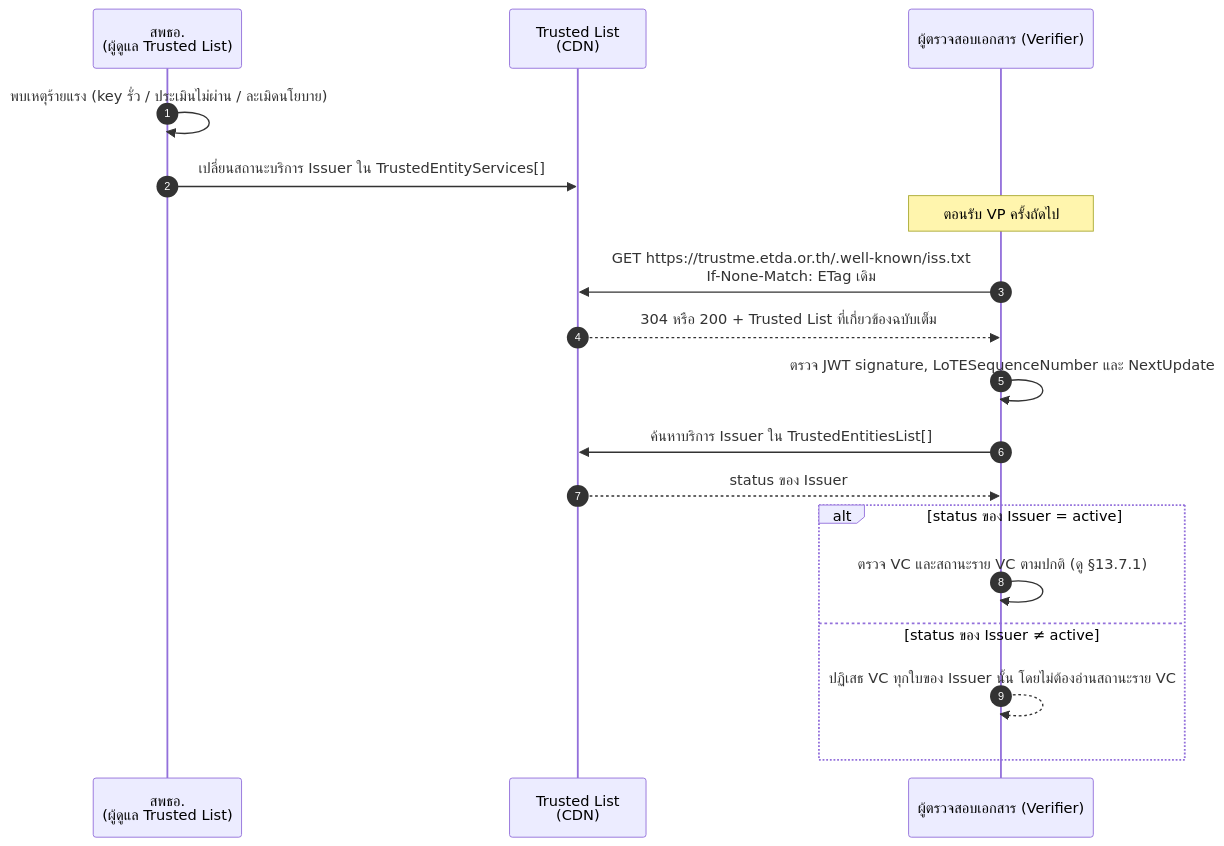
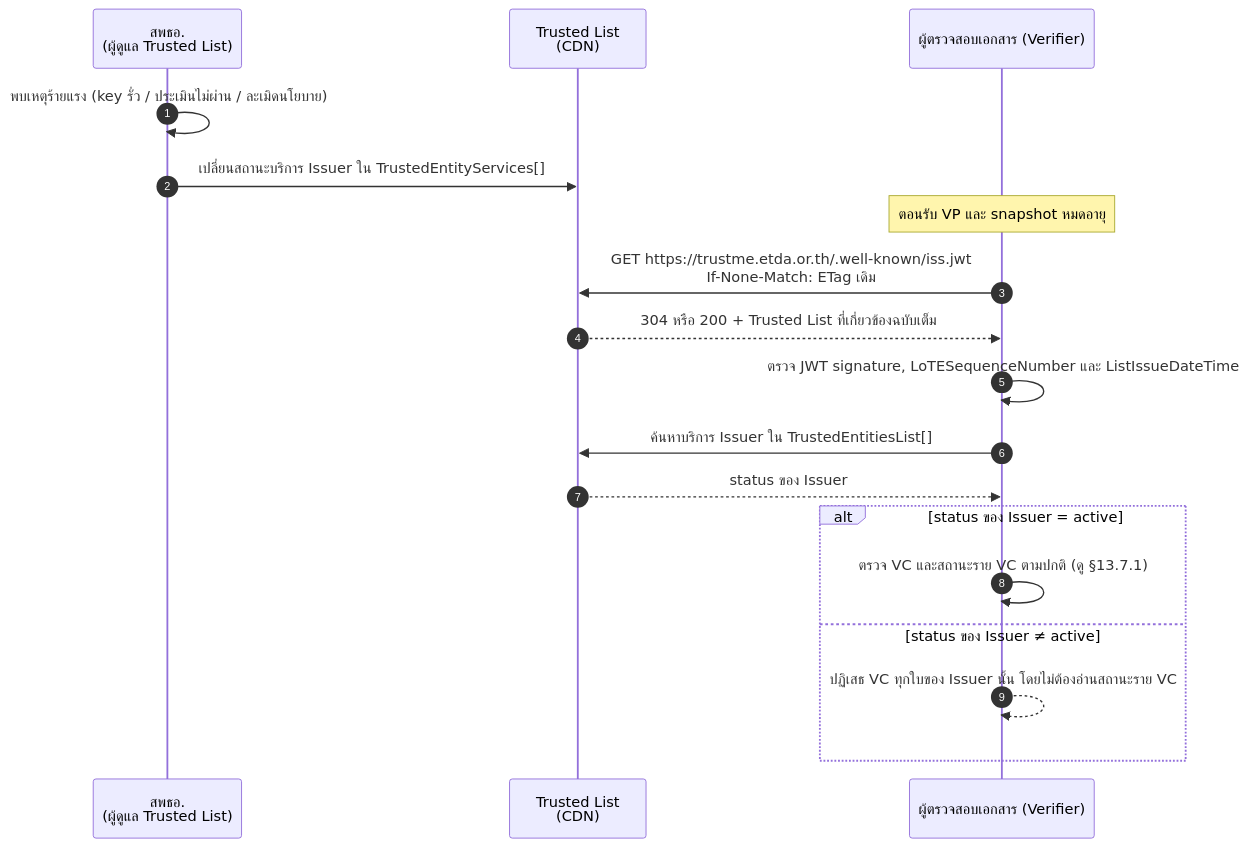
The fourth of 7 diagrams in docs/thai-vc-arf/13-vc-status-and-revocation.md (ETDA/vcdoc), drawn with Mermaid before and after one commit. The commit also changed other lines of this file and 22 other files, not shown here.

````diff
--- a/docs/thai-vc-arf/13-vc-status-and-revocation.md
+++ b/docs/thai-vc-arf/13-vc-status-and-revocation.md
@@ -247,21 +240,21 @@
 ```mermaid
 sequenceDiagram
     autonumber
     participant ETDA as สพธอ.<br/>(ผู้ดูแล Trusted List)
     participant TL as Trusted List<br/>(CDN)
     participant V as ผู้ตรวจสอบเอกสาร (Verifier)
 
     ETDA->>ETDA: พบเหตุร้ายแรง (key รั่ว / ประเมินไม่ผ่าน / ละเมิดนโยบาย)
     ETDA->>TL: เปลี่ยนสถานะบริการ Issuer ใน TrustedEntityServices[]
-    Note over V: ตอนรับ VP ครั้งถัดไป
-    V->>TL: GET https://trustme.etda.or.th/.well-known/iss.txt<br/>If-None-Match: ETag เดิม
+    Note over V: ตอนรับ VP และ snapshot หมดอายุ
+    V->>TL: GET https://trustme.etda.or.th/.well-known/iss.jwt<br/>If-None-Match: ETag เดิม
     TL-->>V: 304 หรือ 200 + Trusted List ที่เกี่ยวข้องฉบับเต็ม
-    V->>V: ตรวจ JWT signature, LoTESequenceNumber และ NextUpdate
+    V->>V: ตรวจ JWT signature, LoTESequenceNumber และ ListIssueDateTime
     V->>TL: ค้นหาบริการ Issuer ใน TrustedEntitiesList[]
     TL-->>V: status ของ Issuer
     alt status ของ Issuer = active
         V->>V: ตรวจ VC และสถานะราย VC ตามปกติ (ดู §13.7.1)
     else status ของ Issuer ≠ active
         V-->>V: ปฏิเสธ VC ทุกใบของ Issuer นั้น โดยไม่ต้องอ่านสถานะราย VC
     end
 ```
````
